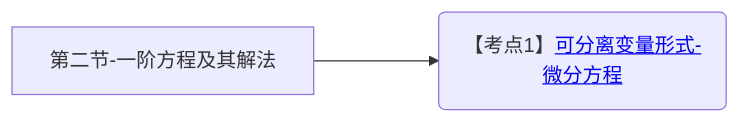
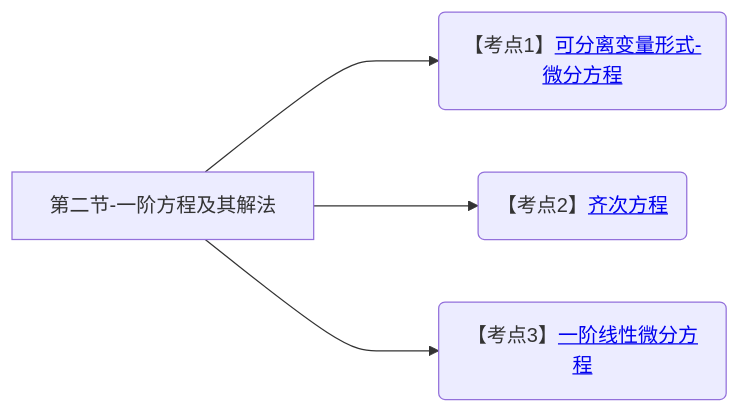
One commit to yuebinghui/note changed diagram 24 of 24 in 笔记/数学/周洋鑫/01.基础班思维导图.md. Above: the diagram before and after it, drawn with Mermaid. The commit also changed 5 other files, not shown here.

````diff
--- a/笔记/数学/周洋鑫/01.基础班思维导图.md
+++ b/笔记/数学/周洋鑫/01.基础班思维导图.md
@@ -840,9 +840,13 @@
 ```mermaid
 graph LR
 第二节-一阶方程及其解法
 
 第二节-一阶方程及其解法--->可分离变量形式-微分方程(【考点1】<a href="/Users/yuebinghui/Documents/program/github/note/笔记/数学/周洋鑫/基础班/27.定积分应用_2_and_微分方程_1.md#可分离变量形式-微分方程">可分离变量形式-微分方程</>)
 
+第二节-一阶方程及其解法--->齐次方程(【考点2】<a href="/Users/yuebinghui/Documents/program/github/note/笔记/数学/周洋鑫/基础班/28.微分方程_2.md#齐次方程">齐次方程</>)
+
+第二节-一阶方程及其解法--->一阶线性微分方程(【考点3】<a href="/Users/yuebinghui/Documents/program/github/note/笔记/数学/周洋鑫/基础班/28.微分方程_2.md#一阶线性微分方程">一阶线性微分方程</>)
+
 
 
 ```
````
